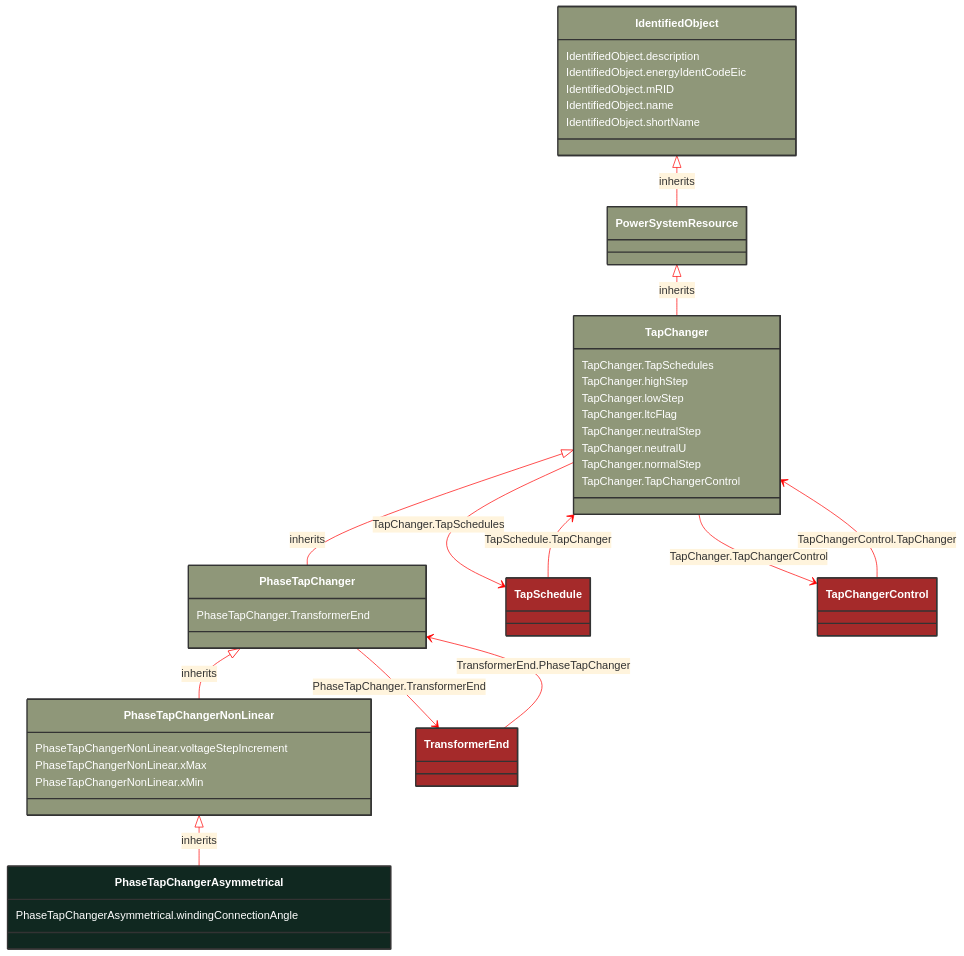
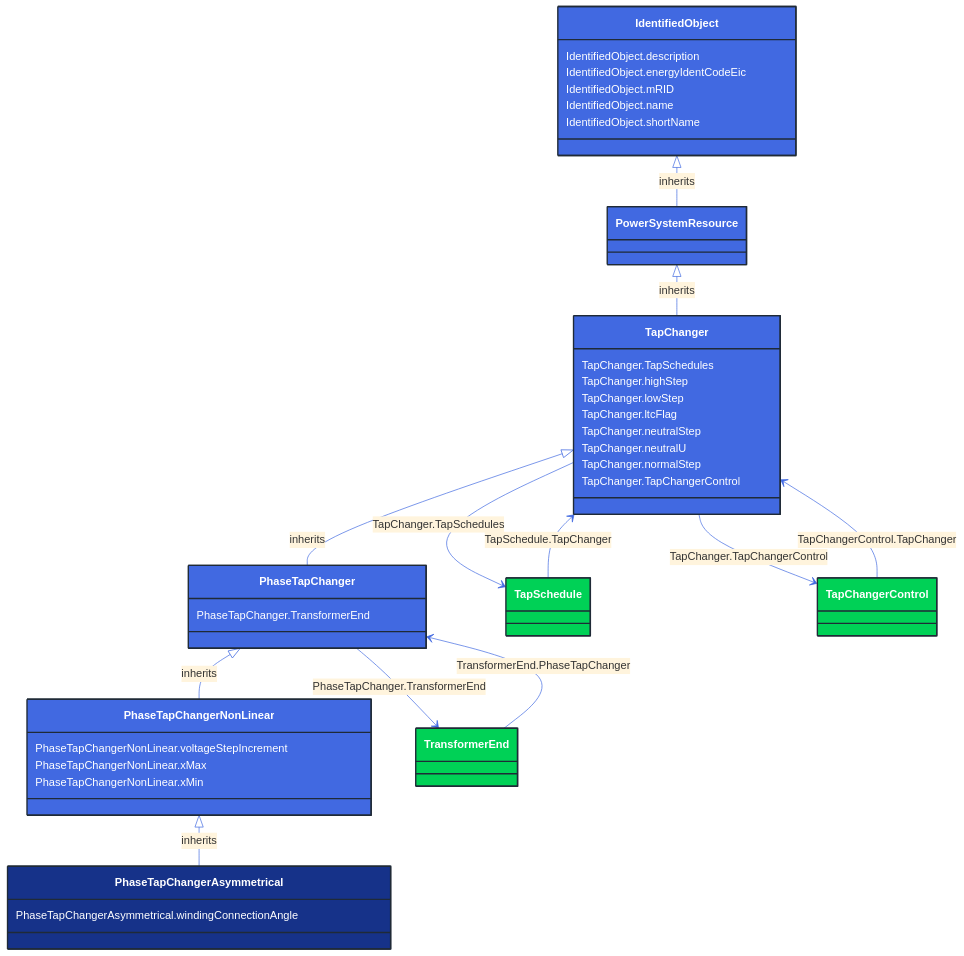
The diagram in docs/Models/Profiles/CoreEquipment/ConcreteClasses/PhaseTapChangerAsymmetrical.md (3lbits/NoCIMExtensions), drawn with Mermaid before and after one commit. The commit also changed 362 other files, not shown here.

First line of the commit message:
Update diagrams and styles for improved visual consistency

````diff
--- a/docs/Models/Profiles/CoreEquipment/ConcreteClasses/PhaseTapChangerAsymmetrical.md
+++ b/docs/Models/Profiles/CoreEquipment/ConcreteClasses/PhaseTapChangerAsymmetrical.md
@@ -8,81 +8,81 @@
 ```mermaid
-%%{init: {'theme':'base','themeVariables': {'lineColor': '#FF0000'}}}%%
+%%{init: {'theme':'base','themeVariables': {'lineColor': '#4169E1'}}}%%
 classDiagram
     class PhaseTapChangerAsymmetrical
     click PhaseTapChangerAsymmetrical href "/Models/Profiles/CoreEquipment/ConcreteClasses/PhaseTapChangerAsymmetrical/"
-    style PhaseTapChangerAsymmetrical fill:#102820,stroke:#333,stroke-width:2px,rx:10,ry:10,color:white
+    style PhaseTapChangerAsymmetrical fill:#163289,stroke:#1F2A37,stroke-width:2px,rx:10,ry:10,color:white
      
         PhaseTapChangerNonLinear <|-- PhaseTapChangerAsymmetrical : inherits
             click PhaseTapChangerNonLinear href "/Models/Profiles/CoreEquipment/AbstractClasses/PhaseTapChangerNonLinear/"
-            style PhaseTapChangerNonLinear fill:#8F9779,stroke:#333,stroke-width:2px,rx:10,ry:10,color:white
+            style PhaseTapChangerNonLinear fill:#4169E1,stroke:#1F2A37,stroke-width:2px,rx:10,ry:10,color:white
      
         PhaseTapChanger <|-- PhaseTapChangerNonLinear : inherits
             click PhaseTapChanger href "/Models/Profiles/CoreEquipment/AbstractClasses/PhaseTapChanger/"
-            style PhaseTapChanger fill:#8F9779,stroke:#333,stroke-width:2px,rx:10,ry:10,color:white
+            style PhaseTapChanger fill:#4169E1,stroke:#1F2A37,stroke-width:2px,rx:10,ry:10,color:white
      
         TapChanger <|-- PhaseTapChanger : inherits
             click TapChanger href "/Models/Profiles/CoreEquipment/AbstractClasses/TapChanger/"
-            style TapChanger fill:#8F9779,stroke:#333,stroke-width:2px,rx:10,ry:10,color:white
+            style TapChanger fill:#4169E1,stroke:#1F2A37,stroke-width:2px,rx:10,ry:10,color:white
      
         PowerSystemResource <|-- TapChanger : inherits
             click PowerSystemResource href "/Models/Profiles/CoreEquipment/AbstractClasses/PowerSystemResource/"
-            style PowerSystemResource fill:#8F9779,stroke:#333,stroke-width:2px,rx:10,ry:10,color:white
+            style PowerSystemResource fill:#4169E1,stroke:#1F2A37,stroke-width:2px,rx:10,ry:10,color:white
      
         IdentifiedObject <|-- PowerSystemResource : inherits
             click IdentifiedObject href "/Models/Profiles/CoreEquipment/AbstractClasses/IdentifiedObject/"
-            style IdentifiedObject fill:#8F9779,stroke:#333,stroke-width:2px,rx:10,ry:10,color:white
+            style IdentifiedObject fill:#4169E1,stroke:#1F2A37,stroke-width:2px,rx:10,ry:10,color:white
 
         PhaseTapChanger --> TransformerEnd : PhaseTapChanger.TransformerEnd
 
         TransformerEnd
             click TransformerEnd href "/Models/Profiles/CoreEquipment/AbstractClasses/TransformerEnd/"
-            style TransformerEnd fill:#A52A2A,stroke:#333,stroke-width:2px,rx:10,ry:10,color:white
+            style TransformerEnd fill:#00D156,stroke:#1F2A37,stroke-width:2px,rx:10,ry:10,color:white
         TapChanger --> TapSchedule : TapChanger.TapSchedules
 
         TapSchedule
             click TapSchedule href "/Models/Profiles/CoreEquipment/AbstractClasses/TapSchedule/"
-            style TapSchedule fill:#A52A2A,stroke:#333,stroke-width:2px,rx:10,ry:10,color:white
+            style TapSchedule fill:#00D156,stroke:#1F2A37,stroke-width:2px,rx:10,ry:10,color:white
         TapChanger --> TapChangerControl : TapChanger.TapChangerControl
 
         TapChangerControl
             click TapChangerControl href "/Models/Profiles/CoreEquipment/ConcreteClasses/TapChangerControl/"
-            style TapChangerControl fill:#A52A2A,stroke:#333,stroke-width:2px,rx:10,ry:10,color:white
+            style TapChangerControl fill:#00D156,stroke:#1F2A37,stroke-width:2px,rx:10,ry:10,color:white
 
         TapSchedule --> TapChanger : TapSchedule.TapChanger
 
         TapSchedule
             click TapSchedule href "/Models/Profiles/CoreEquipment/AbstractClasses/TapSchedule/"
-            style TapSchedule fill:#A52A2A,stroke:#333,stroke-width:2px,rx:10,ry:10,color:white
+            style TapSchedule fill:#00D156,stroke:#1F2A37,stroke-width:2px,rx:10,ry:10,color:white
 
         TapChangerControl --> TapChanger : TapChangerControl.TapChanger
 
         TapChangerControl
             click TapChangerControl href "/Models/Profiles/CoreEquipment/ConcreteClasses/TapChangerControl/"
-            style TapChangerControl fill:#A52A2A,stroke:#333,stroke-width:2px,rx:10,ry:10,color:white
+            style TapChangerControl fill:#00D156,stroke:#1F2A37,stroke-width:2px,rx:10,ry:10,color:white
 
         TransformerEnd --> PhaseTapChanger : TransformerEnd.PhaseTapChanger
 
         TransformerEnd
             click TransformerEnd href "/Models/Profiles/CoreEquipment/AbstractClasses/TransformerEnd/"
-            style TransformerEnd fill:#A52A2A,stroke:#333,stroke-width:2px,rx:10,ry:10,color:white
+            style TransformerEnd fill:#00D156,stroke:#1F2A37,stroke-width:2px,rx:10,ry:10,color:white
 
 
         PhaseTapChangerAsymmetrical : PhaseTapChangerAsymmetrical.windingConnectionAngle
         PhaseTapChangerNonLinear : PhaseTapChangerNonLinear.voltageStepIncrement
         PhaseTapChangerNonLinear : PhaseTapChangerNonLinear.xMax
         PhaseTapChangerNonLinear : PhaseTapChangerNonLinear.xMin
         PhaseTapChanger : PhaseTapChanger.TransformerEnd
         TapChanger : TapChanger.TapSchedules
         TapChanger : TapChanger.highStep
         TapChanger : TapChanger.lowStep
         TapChanger : TapChanger.ltcFlag
         TapChanger : TapChanger.neutralStep
         TapChanger : TapChanger.neutralU
         TapChanger : TapChanger.normalStep
         TapChanger : TapChanger.TapChangerControl
         IdentifiedObject : IdentifiedObject.description
         IdentifiedObject : IdentifiedObject.energyIdentCodeEic
         IdentifiedObject : IdentifiedObject.mRID
         IdentifiedObject : IdentifiedObject.name
         IdentifiedObject : IdentifiedObject.shortName
 ```
````
